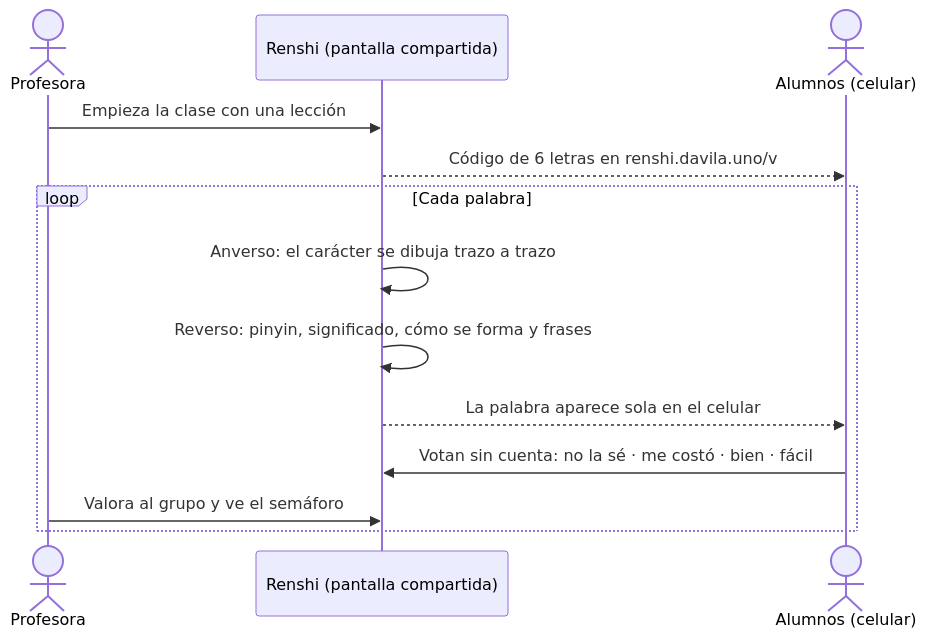
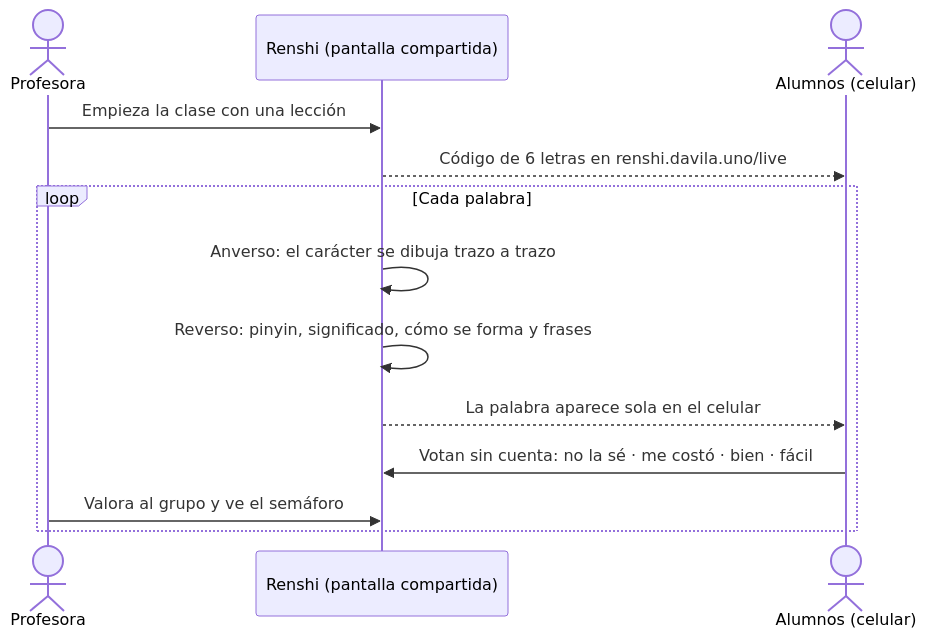
Before and after one commit to everDavila/chinese-lesson: the diagram in README.md, drawn with Mermaid. The commit also changed 21 other files, not shown here.

````diff
--- a/README.md
+++ b/README.md
@@ -48,15 +48,15 @@
 ```mermaid
 sequenceDiagram
     actor P as Profesora
     participant R as Renshi (pantalla compartida)
     actor A as Alumnos (celular)
     P->>R: Empieza la clase con una lección
-    R-->>A: Código de 6 letras en renshi.davila.uno/v
+    R-->>A: Código de 6 letras en renshi.davila.uno/live
     loop Cada palabra
         R->>R: Anverso: el carácter se dibuja trazo a trazo
         R->>R: Reverso: pinyin, significado, cómo se forma y frases
         R-->>A: La palabra aparece sola en el celular
         A->>R: Votan sin cuenta: no la sé · me costó · bien · fácil
         P->>R: Valora al grupo y ve el semáforo
     end
 ```
````
